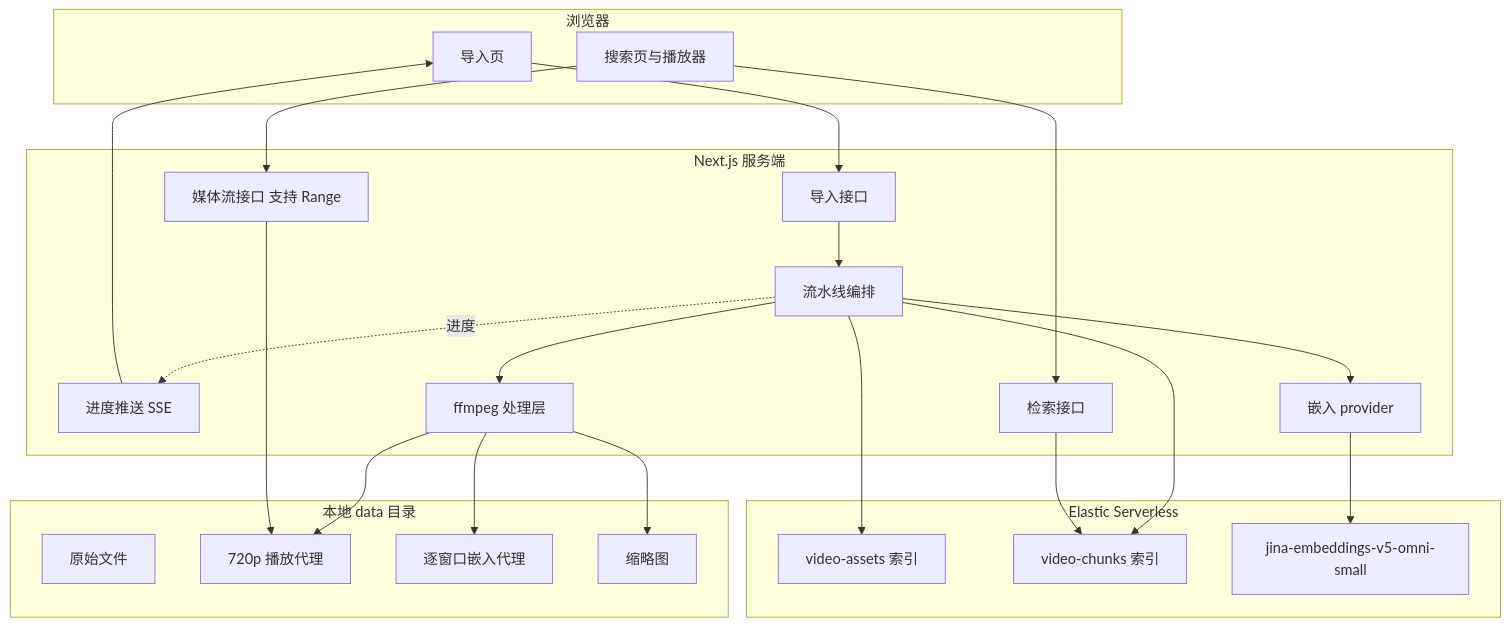
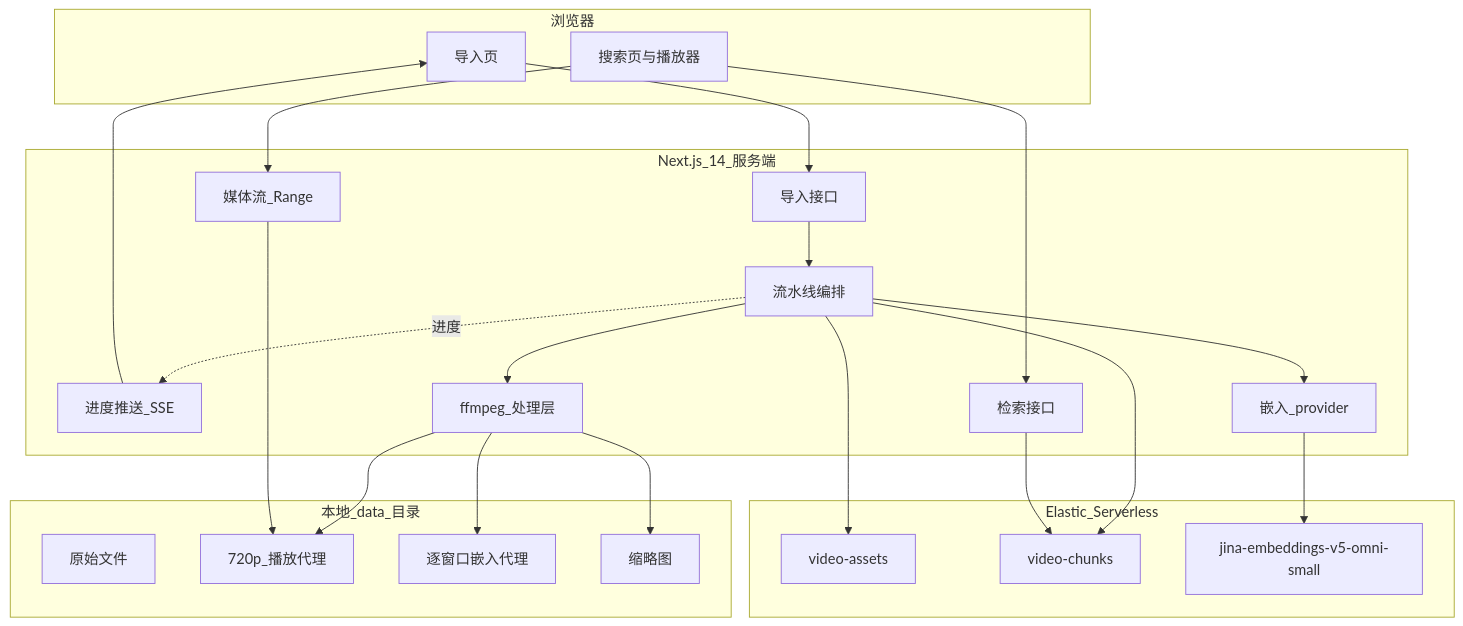
Before and after one commit to mingshsg/jina_omni_video_search: the diagram in chn.docs/架构与数据流.md, drawn with Mermaid. The commit also changed other lines of this file and 110 other files, not shown here.

First line of the commit message:
Ship Jina omni video search demo with ingest, dual-track embeddings, Elastic, and Docker.

````diff
--- a/chn.docs/架构与数据流.md
+++ b/chn.docs/架构与数据流.md
@@ -43,38 +60,38 @@
 ```mermaid
 flowchart TB
   subgraph client [浏览器]
     IngestUI[导入页]
     SearchUI[搜索页与播放器]
   end
-  subgraph server [Next.js 服务端]
+  subgraph server [Next.js_14_服务端]
     IngestAPI[导入接口]
-    JobSSE[进度推送 SSE]
+    JobSSE[进度推送_SSE]
     SearchAPI[检索接口]
-    MediaAPI[媒体流接口 支持 Range]
+    MediaAPI[媒体流_Range]
     Pipeline[流水线编排]
-    FFmpeg[ffmpeg 处理层]
-    Provider[嵌入 provider]
+    FFmpeg[ffmpeg_处理层]
+    Provider[嵌入_provider]
   end
-  subgraph disk [本地 data 目录]
+  subgraph disk [本地_data_目录]
     Orig[原始文件]
-    Play[720p 播放代理]
+    Play[720p_播放代理]
     Proxy[逐窗口嵌入代理]
     Thumb[缩略图]
   end
-  subgraph elastic [Elastic Serverless]
-    Assets[video-assets 索引]
-    Chunks[video-chunks 索引]
+  subgraph elastic [Elastic_Serverless]
+    Assets[video-assets]
+    Chunks[video-chunks]
     EIS[jina-embeddings-v5-omni-small]
   end
   IngestUI --> IngestAPI --> Pipeline
   Pipeline --> FFmpeg
   FFmpeg --> Proxy
   FFmpeg --> Play
   FFmpeg --> Thumb
   Pipeline --> Provider --> EIS
   Pipeline --> Chunks
   Pipeline --> Assets
   Pipeline -.进度.-> JobSSE --> IngestUI
   SearchUI --> SearchAPI --> Chunks
   SearchUI --> MediaAPI --> Play
 ```
````
